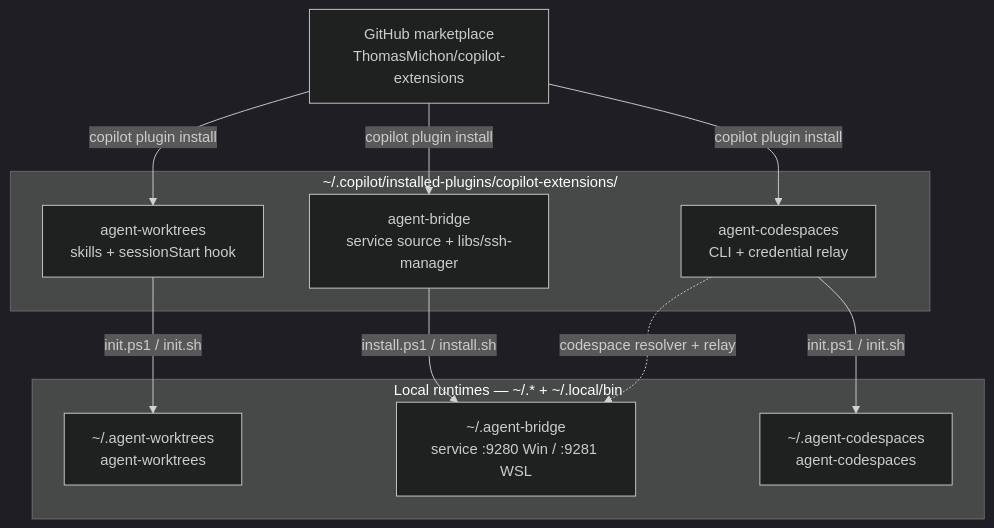
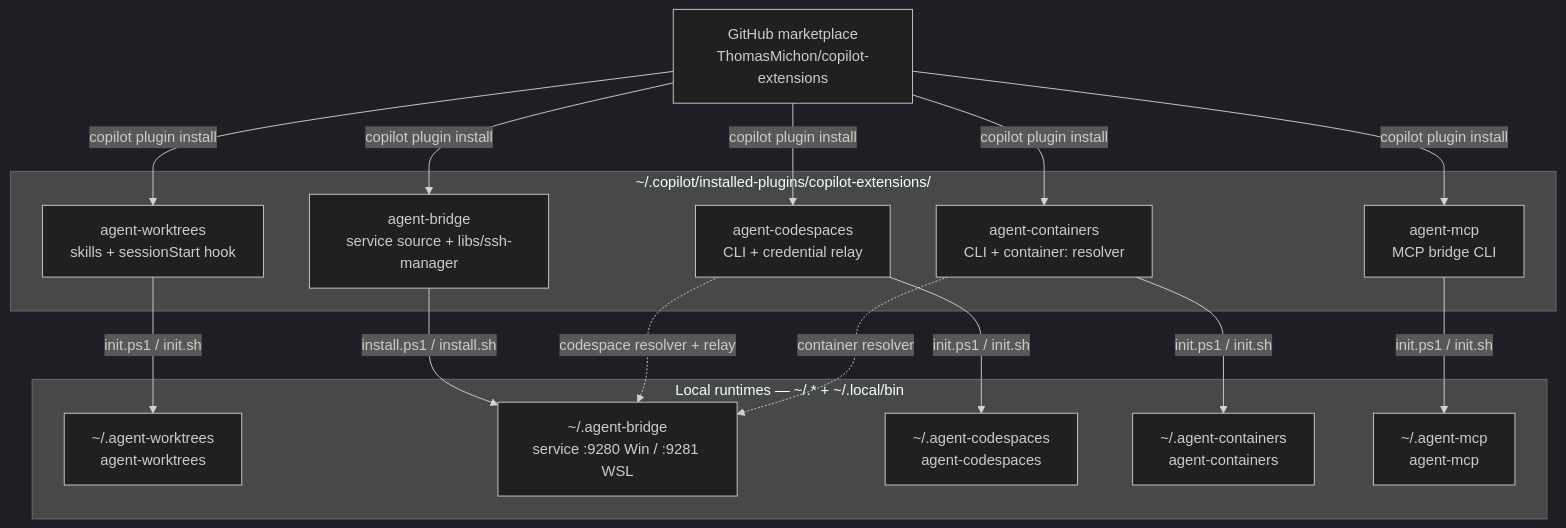
The first of 3 diagrams in README.md (ThomasMichon/copilot-extensions), drawn with Mermaid (dark theme) before and after one commit. The commit also changed other lines of this file and 32 other files, not shown here.

First line of the commit message:
Document agent-containers + agent-mcp; purge Gitea + internal repo references

````diff
--- a/README.md
+++ b/README.md
@@ -25,21 +29,30 @@
 ```mermaid
 flowchart TB
     MP["GitHub marketplace<br/>ThomasMichon/copilot-extensions"]
     subgraph IP["~/.copilot/installed-plugins/copilot-extensions/"]
       AW["agent-worktrees<br/>skills + sessionStart hook"]
       AB["agent-bridge<br/>service source + libs/ssh-manager"]
       AC["agent-codespaces<br/>CLI + credential relay"]
+      AN["agent-containers<br/>CLI + container: resolver"]
+      AM["agent-mcp<br/>MCP bridge CLI"]
     end
     subgraph RT["Local runtimes — ~/.* + ~/.local/bin"]
       RW["~/.agent-worktrees<br/>agent-worktrees"]
       RB["~/.agent-bridge<br/>service :9280 Win / :9281 WSL"]
       RC["~/.agent-codespaces<br/>agent-codespaces"]
+      RN["~/.agent-containers<br/>agent-containers"]
+      RM["~/.agent-mcp<br/>agent-mcp"]
     end
     MP -->|copilot plugin install| AW
     MP -->|copilot plugin install| AB
     MP -->|copilot plugin install| AC
+    MP -->|copilot plugin install| AN
+    MP -->|copilot plugin install| AM
     AW -->|init.ps1 / init.sh| RW
     AB -->|install.ps1 / install.sh| RB
     AC -->|init.ps1 / init.sh| RC
+    AN -->|init.ps1 / init.sh| RN
+    AM -->|init.ps1 / init.sh| RM
     AC -.->|codespace resolver + relay| RB
+    AN -.->|container resolver| RB
 ```
````
